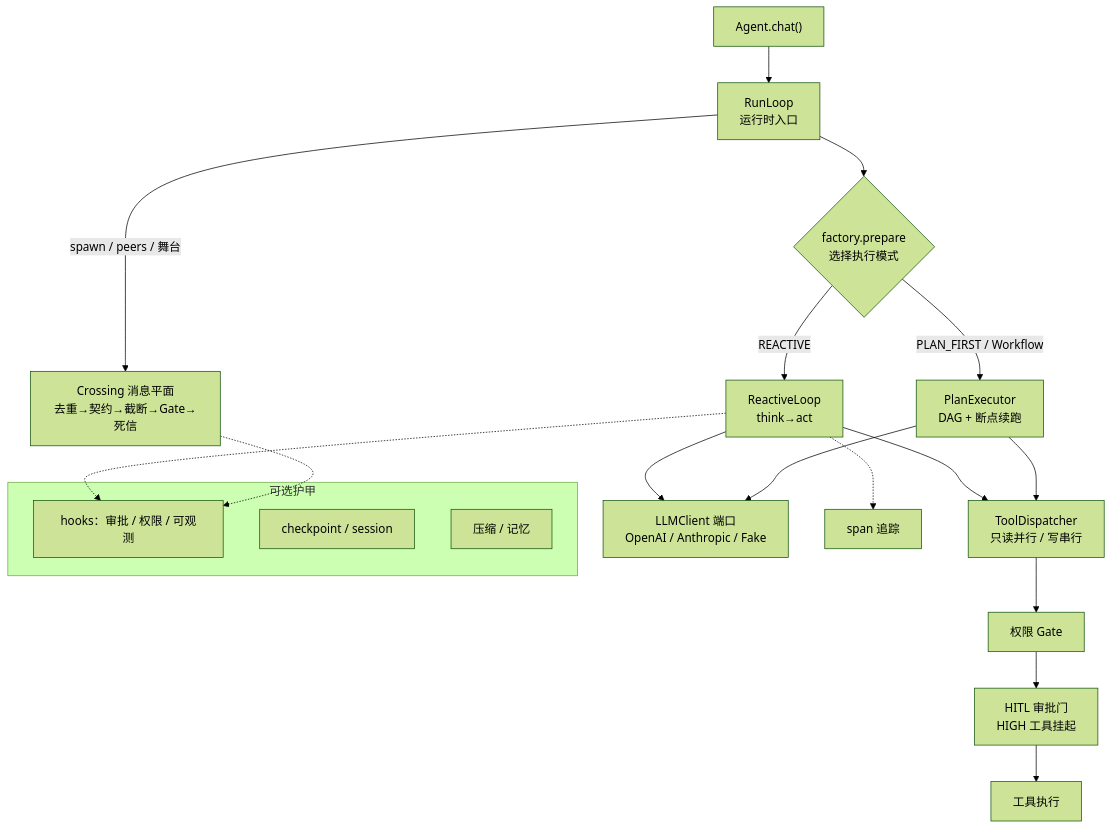
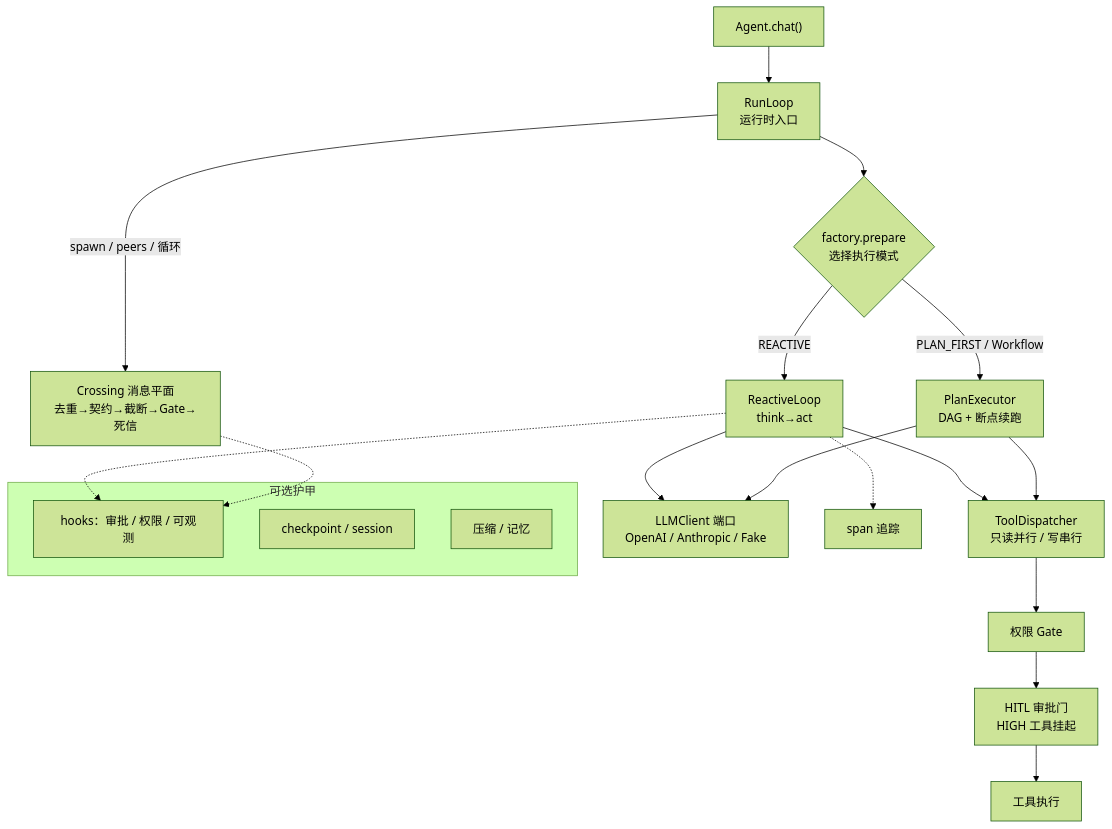
One commit to limenagent/prodagent changed the fourth of 4 diagrams in docs/book/ch01.md. Above: the diagram before and after it, drawn with Mermaid (forest theme). The commit also changed other lines of this file and 76 other files, not shown here.

````diff
--- a/docs/book/ch01.md
+++ b/docs/book/ch01.md
@@ -405,23 +354,23 @@
 ```mermaid
 graph TD
     A["Agent.chat()"] --> B["RunLoop<br/>运行时入口"]
     B --> C{"factory.prepare<br/>选择执行模式"}
     C -->|REACTIVE| D["ReactiveLoop<br/>think→act"]
     C -->|PLAN_FIRST / Workflow| E["PlanExecutor<br/>DAG + 断点续跑"]
     D --> G["ToolDispatcher<br/>只读并行 / 写串行"]
     E --> G
     G --> H["权限 Gate"]
     H --> I["HITL 审批门<br/>HIGH 工具挂起"]
     I --> J["工具执行"]
     D --> K["LLMClient 端口<br/>OpenAI / Anthropic / Fake"]
     E --> K
-    B -->|spawn / peers / 舞台| L["Crossing 消息平面<br/>去重→契约→截断→Gate→死信"]
+    B -->|spawn / peers / 循环| L["Crossing 消息平面<br/>去重→契约→截断→Gate→死信"]
     subgraph 可选护甲
         M["hooks：审批 / 权限 / 可观测"]
         N["checkpoint / session"]
         O["压缩 / 记忆"]
     end
     D -.-> M
     L -.-> M
     D -.-> Q["span 追踪"]
 ```
````
